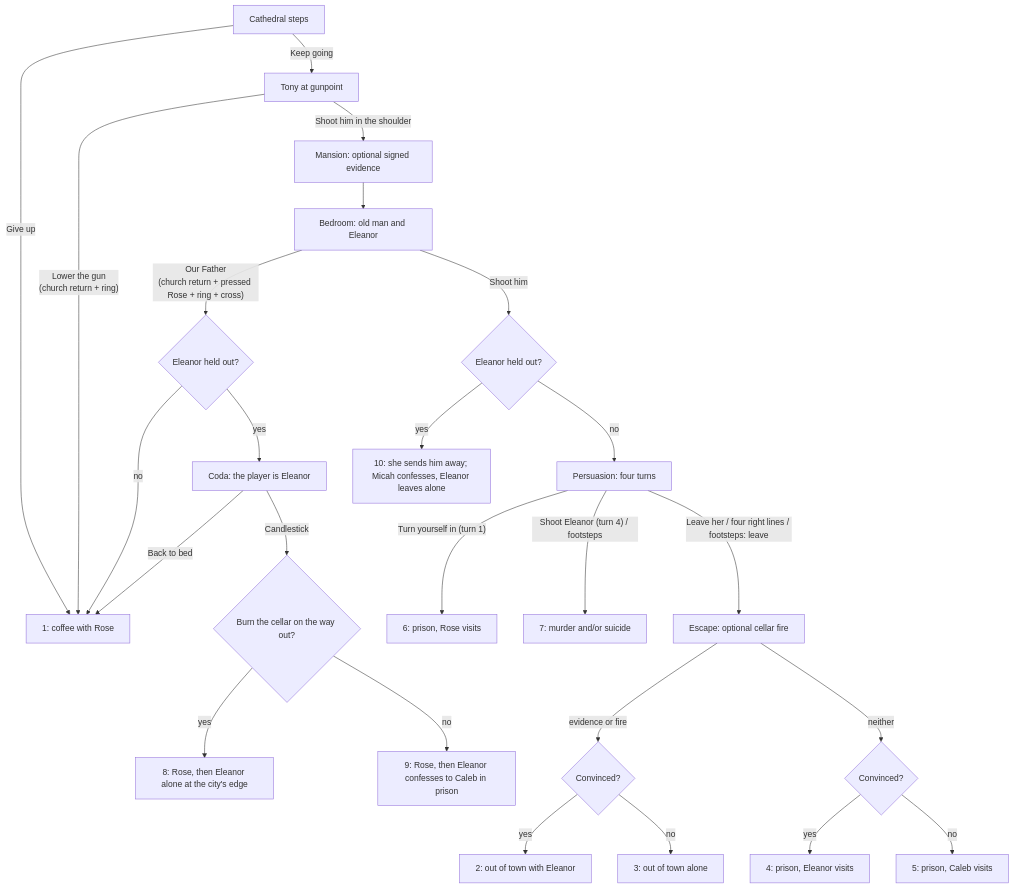
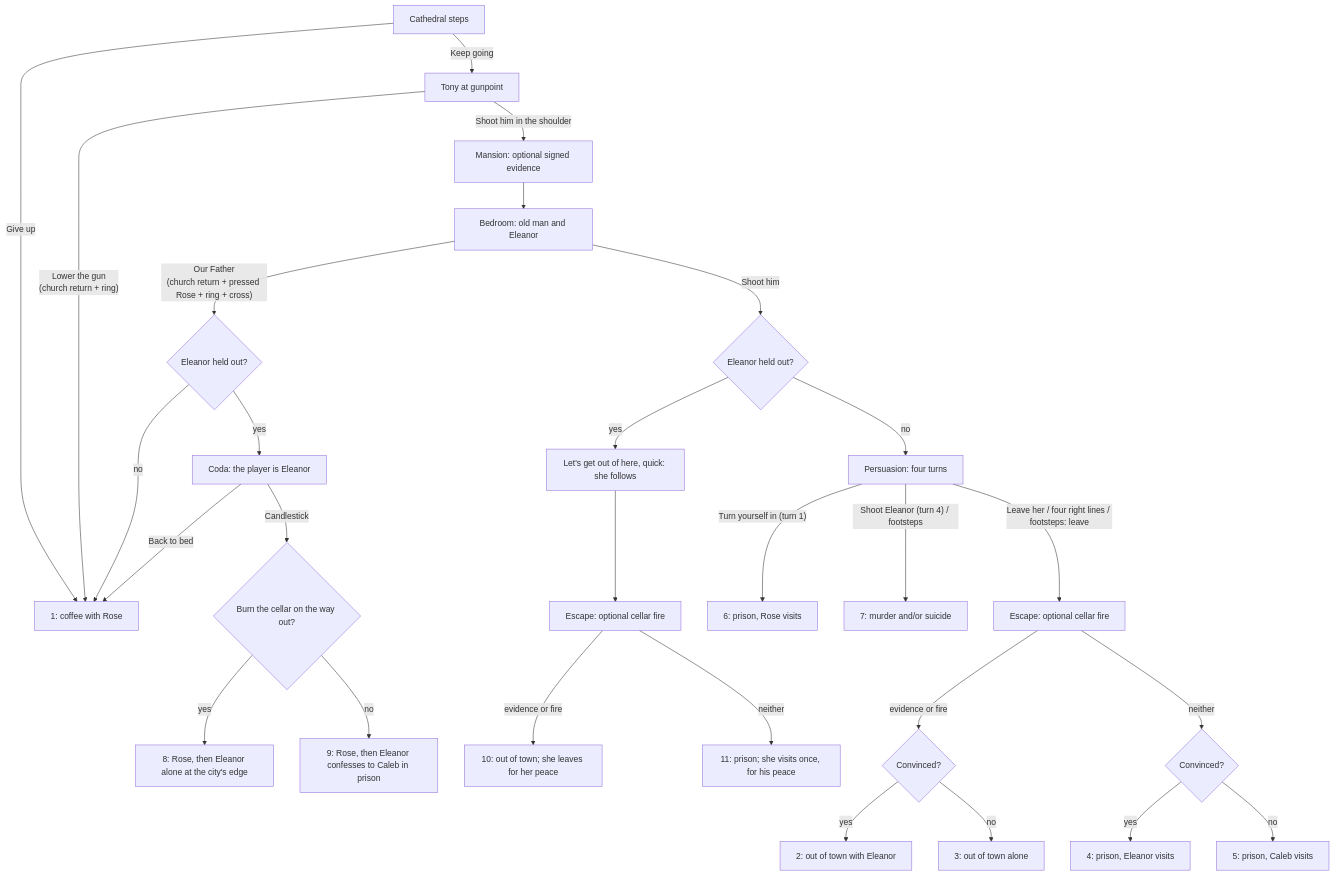
One commit to MaxDac/Repentance changed the diagram in docs/story-overview.md. Above: the diagram before and after it, drawn with Mermaid. The commit also changed other lines of this file and 27 other files, not shown here.

First line of the commit message:
Eleanor, worn out after the shot: endings 10 (outskirts) and 11 (prison)

````diff
--- a/docs/story-overview.md
+++ b/docs/story-overview.md
@@ -180,27 +181,30 @@
 ```mermaid
 flowchart TD
     steps["Cathedral steps"] -- "Give up" --> E1["1: coffee with Rose"]
     steps -- "Keep going" --> tony["Tony at gunpoint"]
     tony -- "Lower the gun<br/>(church return + ring)" --> E1
     tony -- "Shoot him in the shoulder" --> mansion["Mansion: optional signed evidence"]
     mansion --> bedroom["Bedroom: old man and Eleanor"]
     bedroom -- "Our Father<br/>(church return + pressed Rose + ring + cross)" --> prayer{"Eleanor held out?"}
     prayer -- no --> E1
     prayer -- yes --> coda["Coda: the player is Eleanor"]
     coda -- "Back to bed" --> E1
     coda -- "Candlestick" --> out{"Burn the cellar on the way out?"}
     out -- yes --> E8["8: Rose, then Eleanor alone at the city's edge"]
     out -- no --> E9["9: Rose, then Eleanor confesses to Caleb in prison"]
     bedroom -- "Shoot him" --> shot{"Eleanor held out?"}
-    shot -- yes --> E10["10: she sends him away; Micah confesses, Eleanor leaves alone"]
+    shot -- yes --> weary["Let's get out of here, quick: she follows"]
+    weary --> wescape["Escape: optional cellar fire"]
+    wescape -- "evidence or fire" --> E10["10: out of town; she leaves for her peace"]
+    wescape -- "neither" --> E11["11: prison; she visits once, for his peace"]
     shot -- no --> persuade["Persuasion: four turns"]
     persuade -- "Turn yourself in (turn 1)" --> E6["6: prison, Rose visits"]
     persuade -- "Shoot Eleanor (turn 4) / footsteps" --> E7["7: murder and/or suicide"]
     persuade -- "Leave her / four right lines / footsteps: leave" --> escape["Escape: optional cellar fire"]
     escape -- "evidence or fire" --> free{"Convinced?"}
     escape -- "neither" --> jail{"Convinced?"}
     free -- yes --> E2["2: out of town with Eleanor"]
     free -- no --> E3["3: out of town alone"]
     jail -- yes --> E4["4: prison, Eleanor visits"]
     jail -- no --> E5["5: prison, Caleb visits"]
 ```
````
